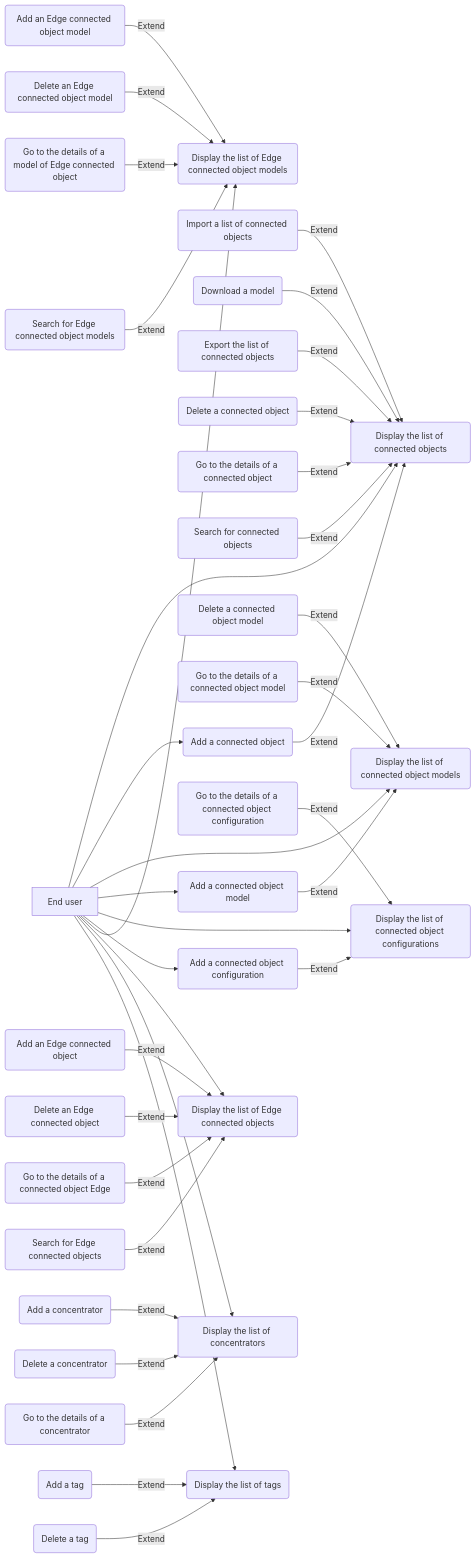
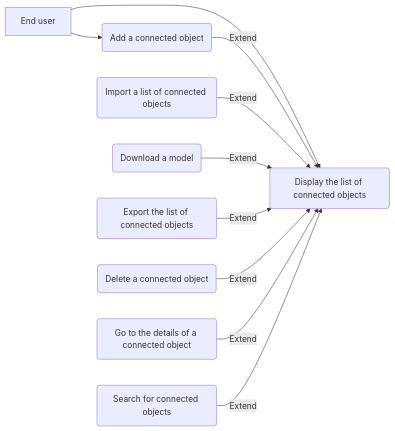
One commit to CGI-FR/IoT-Hub-Portal changed the first of 9 diagrams in docs/dev-guide/conception/diagrams.md. Above: the diagram before and after it, drawn with Mermaid. The commit also changed other lines of this file, not shown here.

Commit message:
update use case diagrams

````diff
--- a/docs/dev-guide/conception/diagrams.md
+++ b/docs/dev-guide/conception/diagrams.md
@@ -5,38 +7,12 @@
 ``` mermaid
 graph LR
     A[End user] --> B(Display the list of connected objects)
     A --> C(Add a connected object)
     C -->|Extend| B
     D(Import a list of connected objects) -->|Extend| B
     E(Download a model) -->|Extend| B
     F(Export the list of connected objects) -->|Extend| B
     G(Delete a connected object) -->|Extend| B
     H(Go to the details of a connected object) -->|Extend| B
     I(Search for connected objects) -->|Extend| B
-    A --> J(Display the list of connected object models)
-    A --> K(Add a connected object model)
-    K -->|Extend| J
-    L(Delete a connected object model) -->|Extend| J
-    M(Go to the details of a connected object model) -->|Extend| J
-    A --> N(Display the list of connected object configurations)
-    A --> O(Add a connected object configuration)
-    O -->|Extend| N
-    P(Go to the details of a connected object configuration) --> |Extend| N
-    A --> Q(Display the list of Edge connected object models)
-    R(Add an Edge connected object model) -->|Extend| Q
-    S(Delete an Edge connected object model) -->|Extend| Q
-    T(Go to the details of a model of Edge connected object) -->|Extend| Q
-    U(Search for Edge connected object models) -->|Extend| Q
-    A --> V(Display the list of Edge connected objects)
-    W(Add an Edge connected object) -->|Extend| V
-    X(Delete an Edge connected object) -->|Extend| V
-    Y(Go to the details of a connected object Edge) -->|Extend| V
-    Z(Search for Edge connected objects) -->|Extend| V
-    A --> AA(Display the list of concentrators)
-    AB(Add a concentrator) -->|Extend| AA
-    AC(Delete a concentrator) -->|Extend| AA
-    AD(Go to the details of a concentrator) -->|Extend| AA
-    A --> AE(Display the list of tags)
-    AF(Add a tag) -->|Extend| AE
-    AG(Delete a tag) -->|Extend| AE
 ```
````
